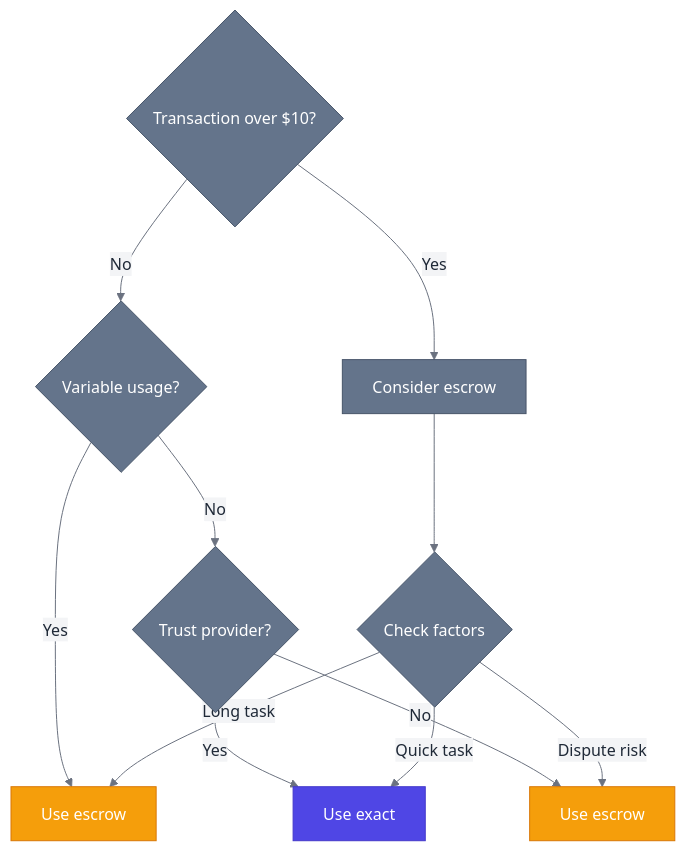
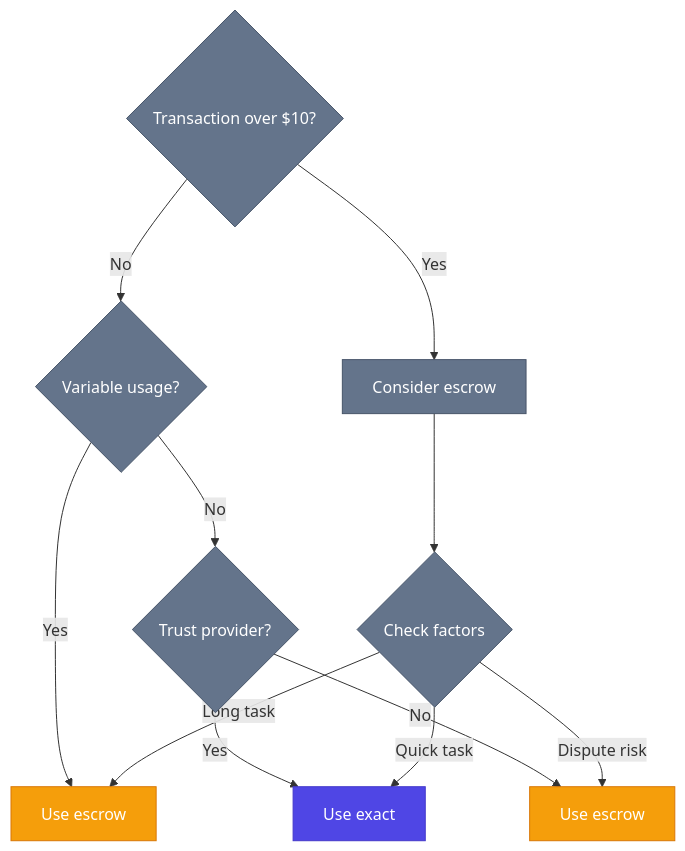
The diagram in x402-integration/comparison.mdx (BackTrackCo/docs), drawn with Mermaid before and after one commit. The commit also changed 3 other files, not shown here.

First line of the commit message:
fix: remove ugly custom Mermaid theme configs

````diff
--- a/x402-integration/comparison.mdx
+++ b/x402-integration/comparison.mdx
@@ -324,26 +324,25 @@
 ```mermaid
-%%{init: {'theme':'base', 'themeVariables': {'primaryColor':'#fafafa','primaryTextColor':'#1f2937','primaryBorderColor':'#9ca3af','secondaryColor':'#f3f4f6','tertiaryColor':'#ffffff','lineColor':'#6b7280','fontFamily':'ui-sans-serif, system-ui, sans-serif'}}}%%
 flowchart TD
     A{Transaction over $10?}
     A -->|Yes| B[Consider escrow]
     A -->|No| C{Variable usage?}
     C -->|Yes| D[Use escrow]
     C -->|No| E{Trust provider?}
     E -->|Yes| F[Use exact]
     E -->|No| G[Use escrow]
 
     B --> H{Check factors}
     H -->|Long task| D
     H -->|Quick task| F
     H -->|Dispute risk| G
 
     style D fill:#f59e0b,stroke:#d97706,color:#fff
     style F fill:#4f46e5,stroke:#4338ca,color:#fff
     style G fill:#f59e0b,stroke:#d97706,color:#fff
 
     style A fill:#64748b,stroke:#475569,color:#fff
     style B fill:#64748b,stroke:#475569,color:#fff
     style C fill:#64748b,stroke:#475569,color:#fff
     style E fill:#64748b,stroke:#475569,color:#fff
     style H fill:#64748b,stroke:#475569,color:#fff
 ```
````
